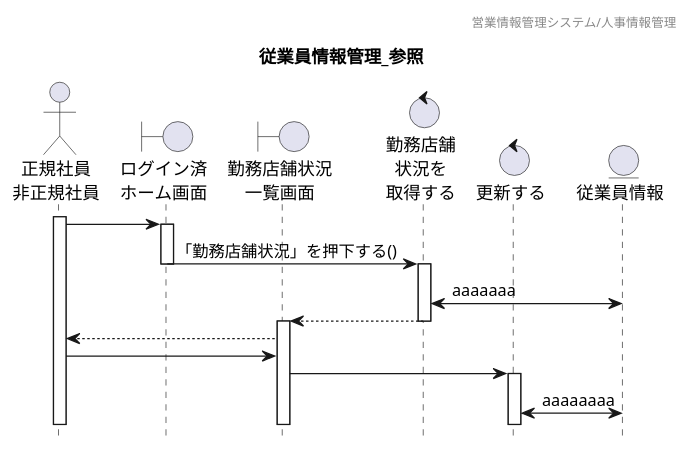
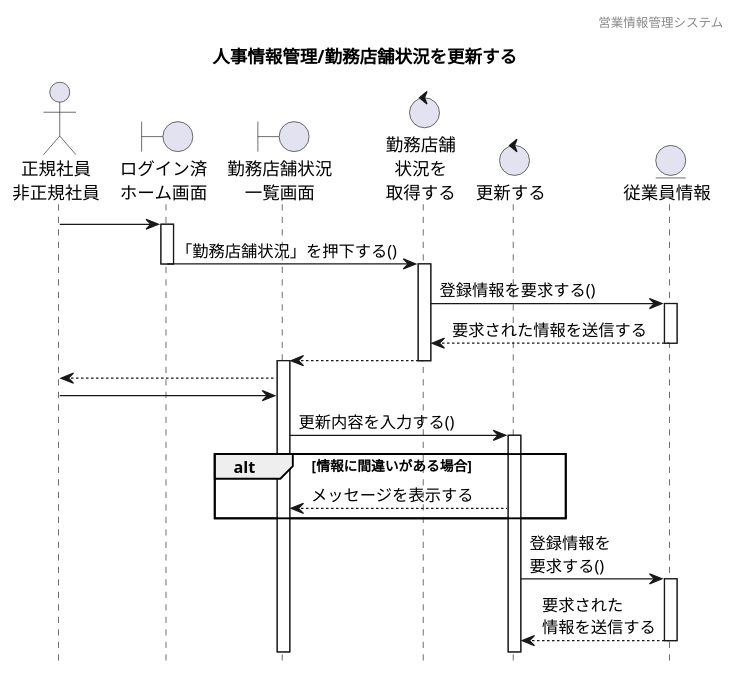
One commit to HaruShim/Sotuken changed the diagram in 各種設計書/4シーケンス図/人事情報管理/3.勤務店舗状況編集/勤務店舗状況編集_未.plantuml. Above: the diagram before and after it, drawn with PlantUML. The commit also changed 5 other files, not shown here.

```diff
--- a/各種設計書/4シーケンス図/人事情報管理/3.勤務店舗状況編集/勤務店舗状況編集_未.plantuml
+++ b/各種設計書/4シーケンス図/人事情報管理/3.勤務店舗状況編集/勤務店舗状況編集_未.plantuml
@@ -1,46 +1,56 @@
 @startuml シーケンス図
 ' 下アイコン除去
 hide footbox
 ' ヘッダー
-header 営業情報管理システム/人事情報管理
+header 営業情報管理システム
 ' タイトル
-title 従業員情報管理_参照
+title 人事情報管理/勤務店舗状況を更新する
 
 
 
 ' actor "" as 
 actor "正規社員\n非正規社員" as a1
 
 ' boundary "" as 
 boundary "ログイン済\nホーム画面" as b1
 boundary "勤務店舗状況\n一覧画面" as b2
 
 ' control "" as 
 control "勤務店舗\n状況を\n取得する" as c1
 control "更新する" as c2
 
 ' entity "" as
 entity "従業員情報" as e1
 
 
 
 ' 長谷川
-activate a1
+
 a1 -> b1
 activate b1
 b1 -> c1 : 「勤務店舗状況」を押下する()
 deactivate
 activate c1
-c1 <-> e1 : aaaaaaa
+c1 -> e1 : 登録情報を要求する() 
+activate e1
+c1 <-- e1 : 要求された情報を送信する
+deactivate
 b2 <-- c1
 deactivate
 activate b2
 a1 <-- b2
 a1 -> b2
-b2 -> c2
+b2 -> c2 : 更新内容を入力する()
 activate c2
-c2 <-> e1 : aaaaaaaa
+alt 情報に間違いがある場合
+b2 <-- c2 : メッセージを表示する
+end
+
+c2 -> e1 : 登録情報を\n要求する() 
+activate e1
+c2 <-- e1 : 要求された\n情報を送信する
+deactivate
 
 
 
 @enduml
```
